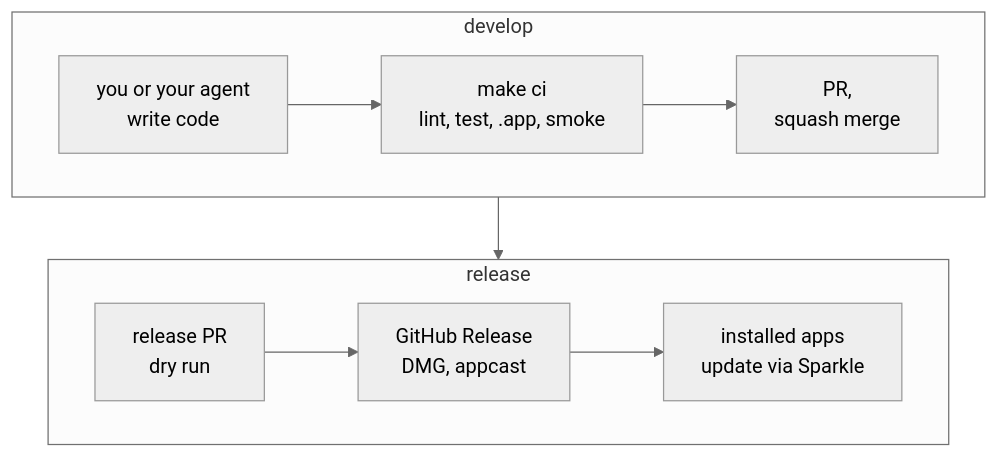
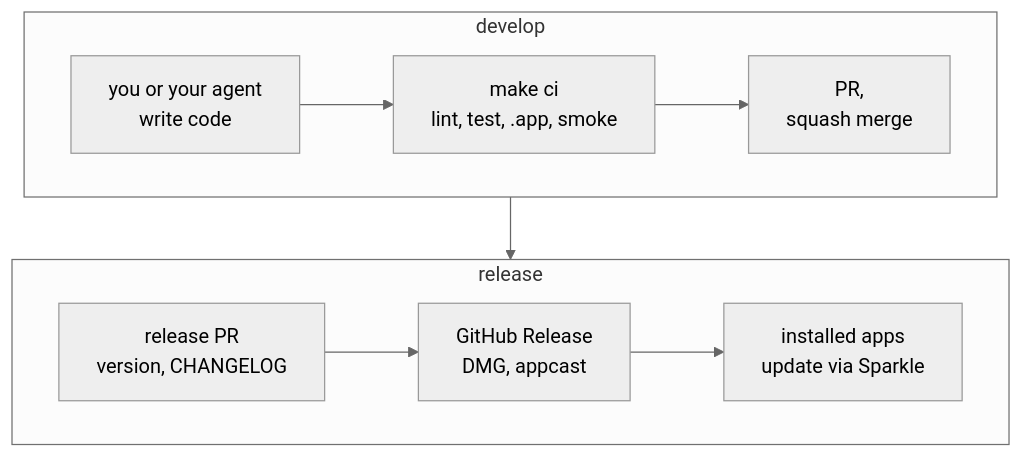
One commit to chengzi-io/macos-swiftui-spm-template changed the first of 2 diagrams in README.md. Above: the diagram before and after it, drawn with Mermaid (neutral theme). The commit also changed other lines of this file and 11 other files, not shown here.

First line of the commit message:
ci(release): drop the release dry run

````diff
--- a/README.md
+++ b/README.md
@@ -8,12 +8,12 @@
 ```mermaid
 flowchart TB
     subgraph develop["develop"]
         direction LR
         code["you or your agent<br/>write code"] --> ci["make ci<br/>lint, test, .app, smoke"] --> pr["PR,<br/>squash merge"]
     end
     subgraph release["release"]
         direction LR
-        rel["release PR<br/>dry run"] --> gh["GitHub Release<br/>DMG, appcast"] --> users["installed apps<br/>update via Sparkle"]
+        rel["release PR<br/>version, CHANGELOG"] --> gh["GitHub Release<br/>DMG, appcast"] --> users["installed apps<br/>update via Sparkle"]
     end
     develop --> release
 ```
````
